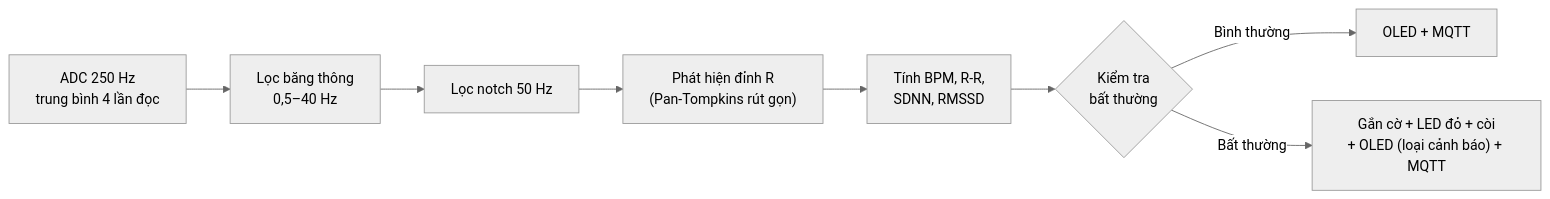
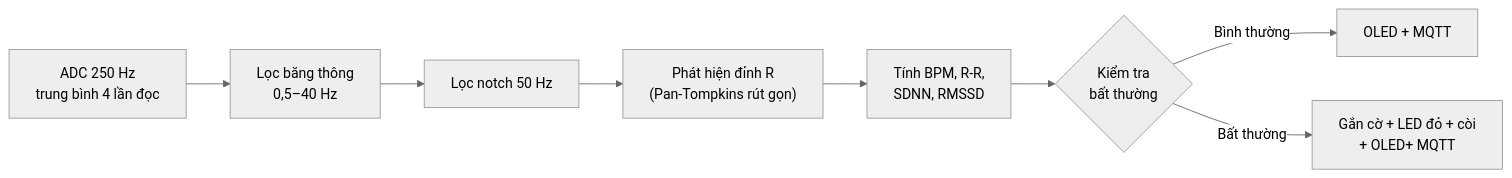
Before and after one commit to HaVietAnh2255/esp32-ad8232-ecg-monitor: the second of 2 diagrams in README.md, drawn with Mermaid (neutral theme).

Commit message:
sửa README.md

````diff
--- a/README.md
+++ b/README.md
@@ -89,10 +89,10 @@
 ```mermaid
 flowchart LR
     A["ADC 250 Hz<br/>trung bình 4 lần đọc"] --> B["Lọc băng thông<br/>0,5–40 Hz"]
     B --> C["Lọc notch 50 Hz"]
     C --> D["Phát hiện đỉnh R<br/>(Pan-Tompkins rút gọn)"]
     D --> F["Tính BPM, R-R,<br/>SDNN, RMSSD"]
     F --> G{"Kiểm tra<br/>bất thường"}
     G -- "Bình thường" --> H["OLED + MQTT"]
-    G -- "Bất thường" --> I["Gắn cờ + LED đỏ + còi<br/>+ OLED (loại cảnh báo) + MQTT"]
+    G -- "Bất thường" --> I["Gắn cờ + LED đỏ + còi<br/>+ OLED+ MQTT"]
 ```
````
